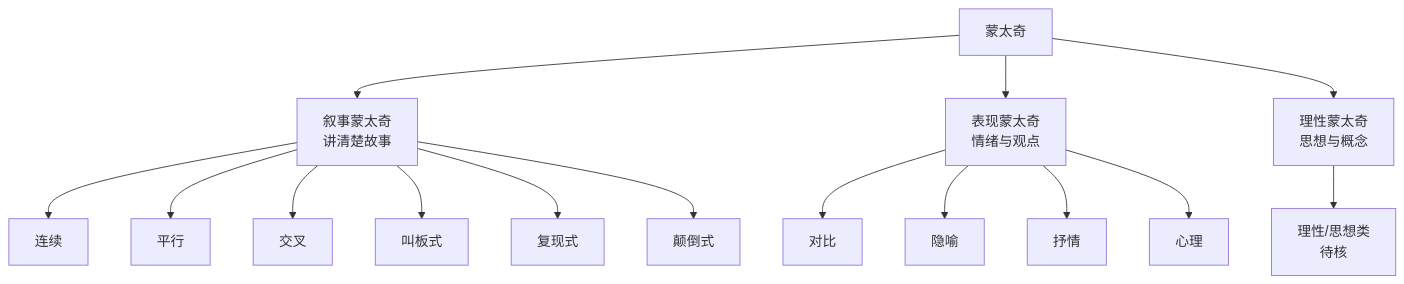
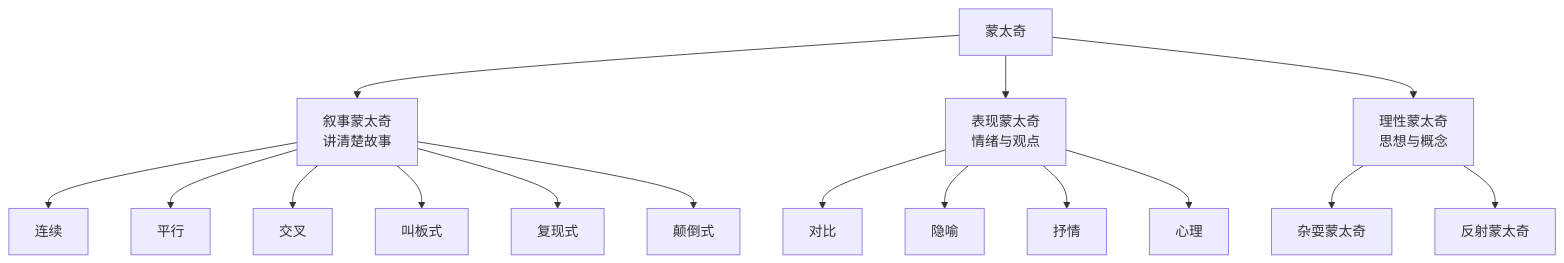
The diagram in pr2026/04-视听语言与剪辑理论/蒙太奇原理与剪辑手法.md (zhanghaooss/clipnote), drawn with Mermaid before and after one commit. The commit also changed other lines of this file and 18 other files, not shown here.

First line of the commit message:
docs: 整合剪辑思维、景别图例与PS异闻录内容并更新至2026工作流

````diff
--- a/pr2026/04-视听语言与剪辑理论/蒙太奇原理与剪辑手法.md
+++ b/pr2026/04-视听语言与剪辑理论/蒙太奇原理与剪辑手法.md
@@ -38,17 +40,18 @@
 ```mermaid
 graph TD
     M[蒙太奇] --> X[叙事蒙太奇<br/>讲清楚故事]
     M --> B[表现蒙太奇<br/>情绪与观点]
     M --> L[理性蒙太奇<br/>思想与概念]
     X --> X1[连续]
     X --> X2[平行]
     X --> X3[交叉]
     X --> X4[叫板式]
     X --> X5[复现式]
     X --> X6[颠倒式]
     B --> B1[对比]
     B --> B2[隐喻]
     B --> B3[抒情]
     B --> B4[心理]
-    L --> L1[理性/思想类<br/>待核]
+    L --> L1[杂耍蒙太奇]
+    L --> L2[反射蒙太奇]
 ```
````
